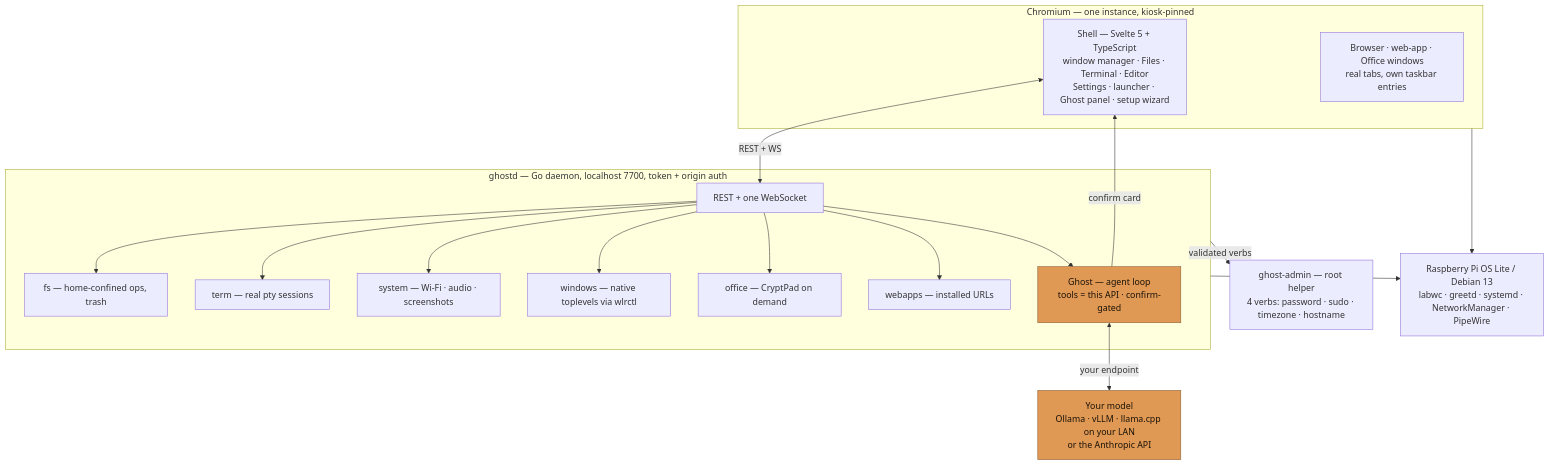
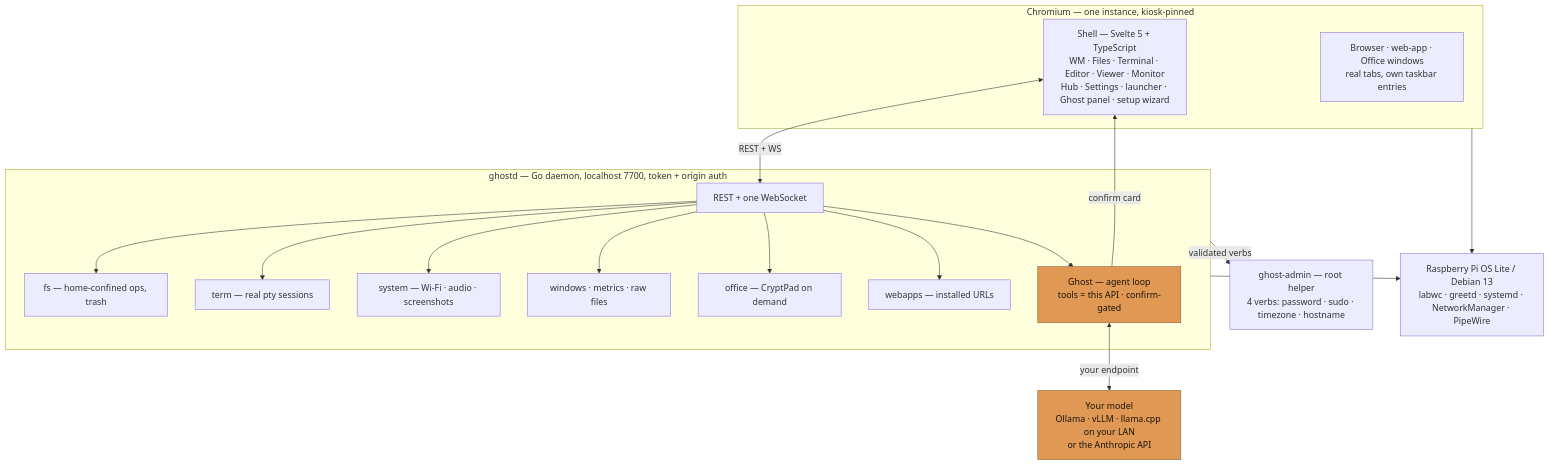
Before and after one commit to evilbotnet/GhOSt: the diagram in README.md, drawn with Mermaid. The commit also changed other lines of this file and 12 other files, not shown here.

First line of the commit message:
Apps: Hub (control center), System Monitor, Image/PDF Viewer

````diff
--- a/README.md
+++ b/README.md
@@ -22,39 +22,39 @@
 ```mermaid
 flowchart TB
     subgraph CHROME["Chromium — one instance, kiosk-pinned"]
-        SHELL["Shell — Svelte 5 + TypeScript<br/>window manager · Files · Terminal · Editor<br/>Settings · launcher · Ghost panel · setup wizard"]
+        SHELL["Shell — Svelte 5 + TypeScript<br/>WM · Files · Terminal · Editor · Viewer · Monitor<br/>Hub · Settings · launcher · Ghost panel · setup wizard"]
         WIN["Browser · web-app · Office windows<br/>real tabs, own taskbar entries"]
     end
 
     subgraph DAEMON["ghostd — Go daemon, localhost 7700, token + origin auth"]
         API["REST + one WebSocket"]
         FS["fs — home-confined ops, trash"]
         PTY["term — real pty sessions"]
         SYS["system — Wi-Fi · audio · screenshots"]
-        WINS["windows — native toplevels via wlrctl"]
+        WINS["windows · metrics · raw files"]
         OFF["office — CryptPad on demand"]
         WEB["webapps — installed URLs"]
         GHOST["Ghost — agent loop<br/>tools = this API · confirm-gated"]
     end
 
     HELPER["ghost-admin — root helper<br/>4 verbs: password · sudo · timezone · hostname"]
     LLM["Your model<br/>Ollama · vLLM · llama.cpp on your LAN<br/>or the Anthropic API"]
     BASE["Raspberry Pi OS Lite / Debian 13<br/>labwc · greetd · systemd · NetworkManager · PipeWire"]
 
     SHELL <-->|REST + WS| API
     API --> FS
     API --> PTY
     API --> SYS
     API --> WINS
     API --> OFF
     API --> WEB
     API --> GHOST
     GHOST <-->|your endpoint| LLM
     GHOST -->|confirm card| SHELL
     DAEMON -->|validated verbs| HELPER
     CHROME --> BASE
     DAEMON --> BASE
 
     classDef ai fill:#e09954,stroke:#8a5e34,color:#1a1208
     class GHOST,LLM ai
 ```
````
